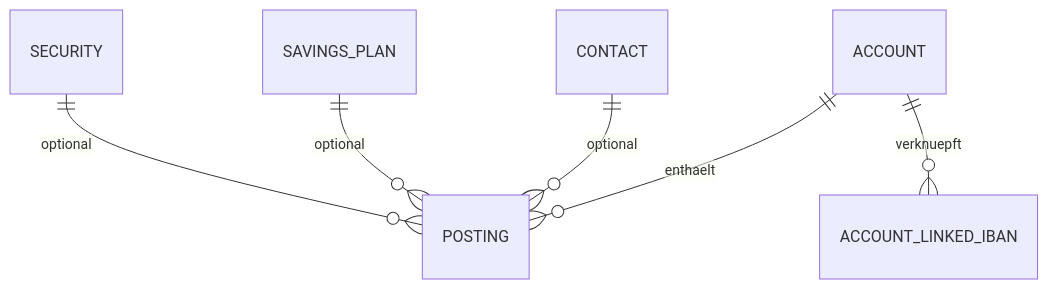
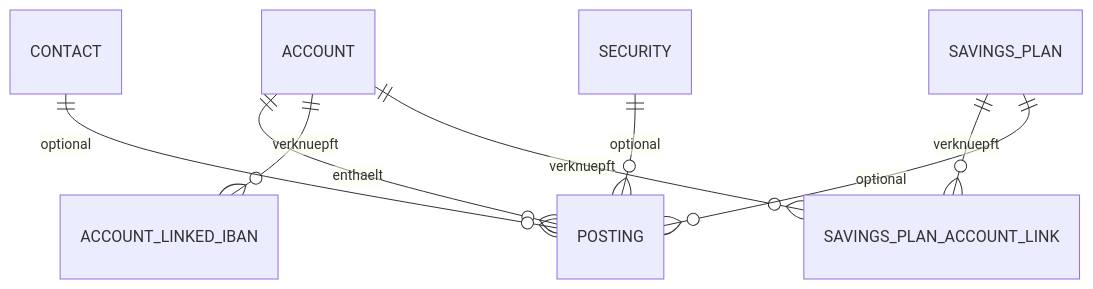
Before and after one commit to martin-stromberg/FinanceManager: the diagram in Docs/help/konten-und-buchungen/datenmodell.md, drawn with Mermaid. The commit also changed other lines of this file and 18 other files, not shown here.

````diff
--- a/Docs/help/konten-und-buchungen/datenmodell.md
+++ b/Docs/help/konten-und-buchungen/datenmodell.md
@@ -52,8 +53,10 @@
 ```mermaid
 erDiagram
     ACCOUNT ||--o{ POSTING : "enthaelt"
     ACCOUNT ||--o{ ACCOUNT_LINKED_IBAN : "verknuepft"
+    ACCOUNT ||--o{ SAVINGS_PLAN_ACCOUNT_LINK : "verknuepft"
+    SAVINGS_PLAN ||--o{ SAVINGS_PLAN_ACCOUNT_LINK : "verknuepft"
     CONTACT ||--o{ POSTING : "optional"
     SAVINGS_PLAN ||--o{ POSTING : "optional"
     SECURITY ||--o{ POSTING : "optional"
 ```
````
